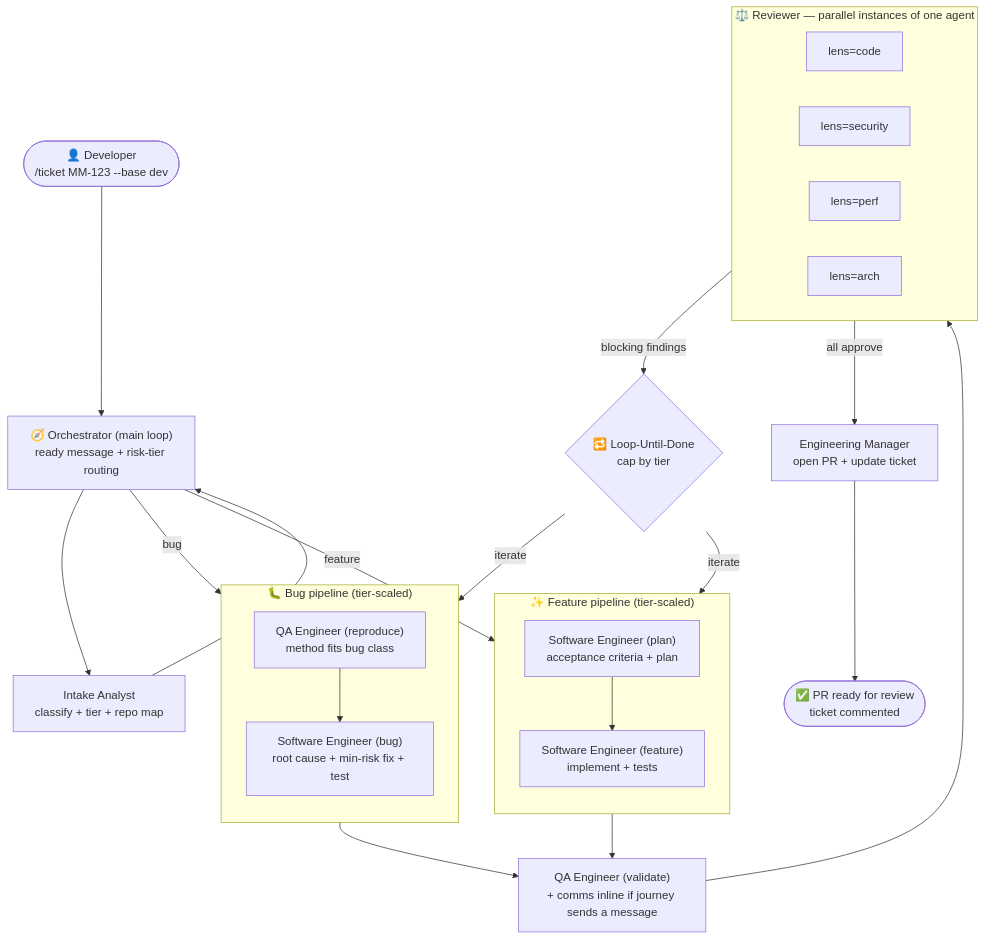
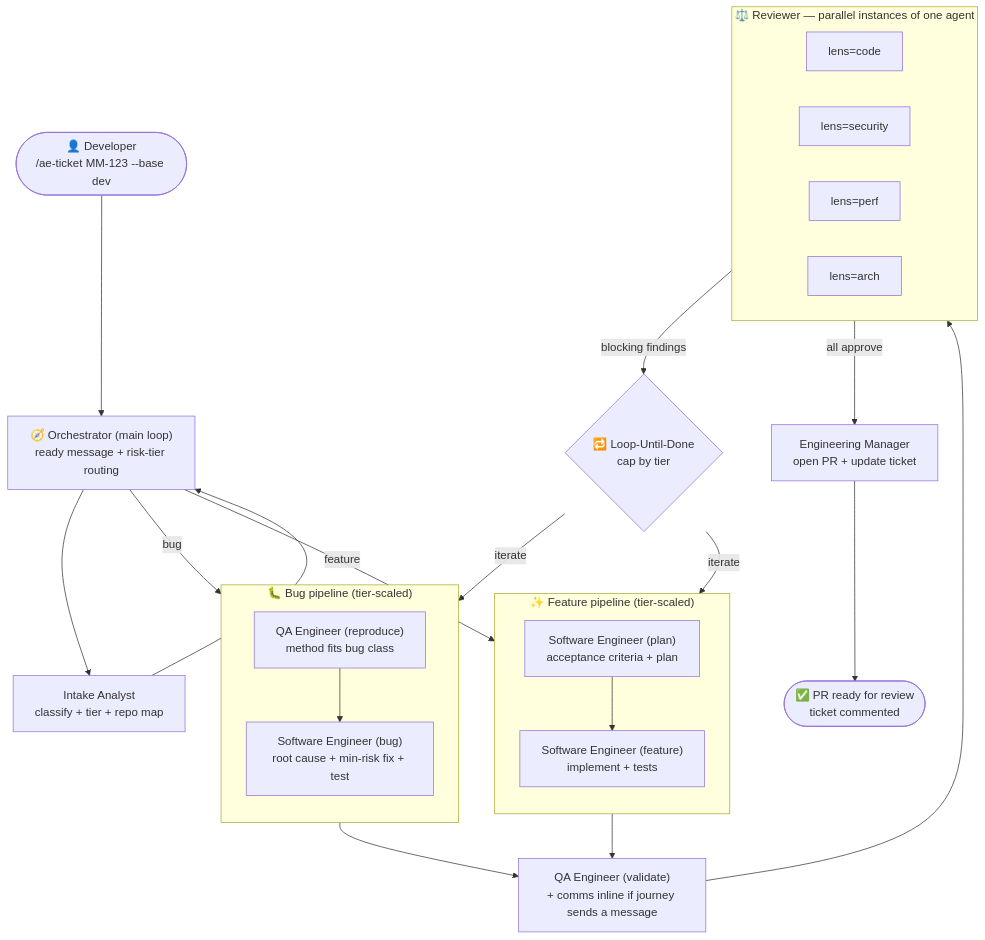
Before and after one commit to Holuwashina/autonomous-engineer: the diagram in README.md, drawn with Mermaid. The commit also changed other lines of this file and 53 other files, not shown here.

````diff
--- a/README.md
+++ b/README.md
@@ -41,39 +41,39 @@
 ```mermaid
 flowchart TD
-    user(["👤 Developer<br/>/ticket MM-123 --base dev"]) --> orch
+    user(["👤 Developer<br/>/ae-ticket MM-123 --base dev"]) --> orch
 
     orch["🧭 Orchestrator (main loop)<br/>ready message + risk-tier routing"]
     orch --> intake["Intake Analyst<br/>classify + tier + repo map"]
     intake --> orch
 
     orch -- "bug" --> bug
     orch -- "feature" --> feat
 
     subgraph bug["🐛 Bug pipeline (tier-scaled)"]
         direction TB
         repro["QA Engineer (reproduce)<br/>method fits bug class"] --> swe["Software Engineer (bug)<br/>root cause + min-risk fix + test"]
     end
 
     subgraph feat["✨ Feature pipeline (tier-scaled)"]
         direction TB
         plan["Software Engineer (plan)<br/>acceptance criteria + plan"] --> fs["Software Engineer (feature)<br/>implement + tests"]
     end
 
     bug --> val["QA Engineer (validate)<br/>+ comms inline if journey sends a message"]
     feat --> val
     val --> panel
 
     subgraph panel["⚖️ Reviewer — parallel instances of one agent"]
         direction LR
         cr["lens=code"]
         sec["lens=security"]
         perf["lens=perf"]
         arc["lens=arch"]
     end
 
     panel -- "blocking findings" --> loop{"🔁 Loop-Until-Done<br/>cap by tier"}
     loop -- "iterate" --> bug
     loop -- "iterate" --> feat
     panel -- "all approve" --> em["Engineering Manager<br/>open PR + update ticket"]
     em --> done(["✅ PR ready for review<br/>ticket commented"])
 ```
````
